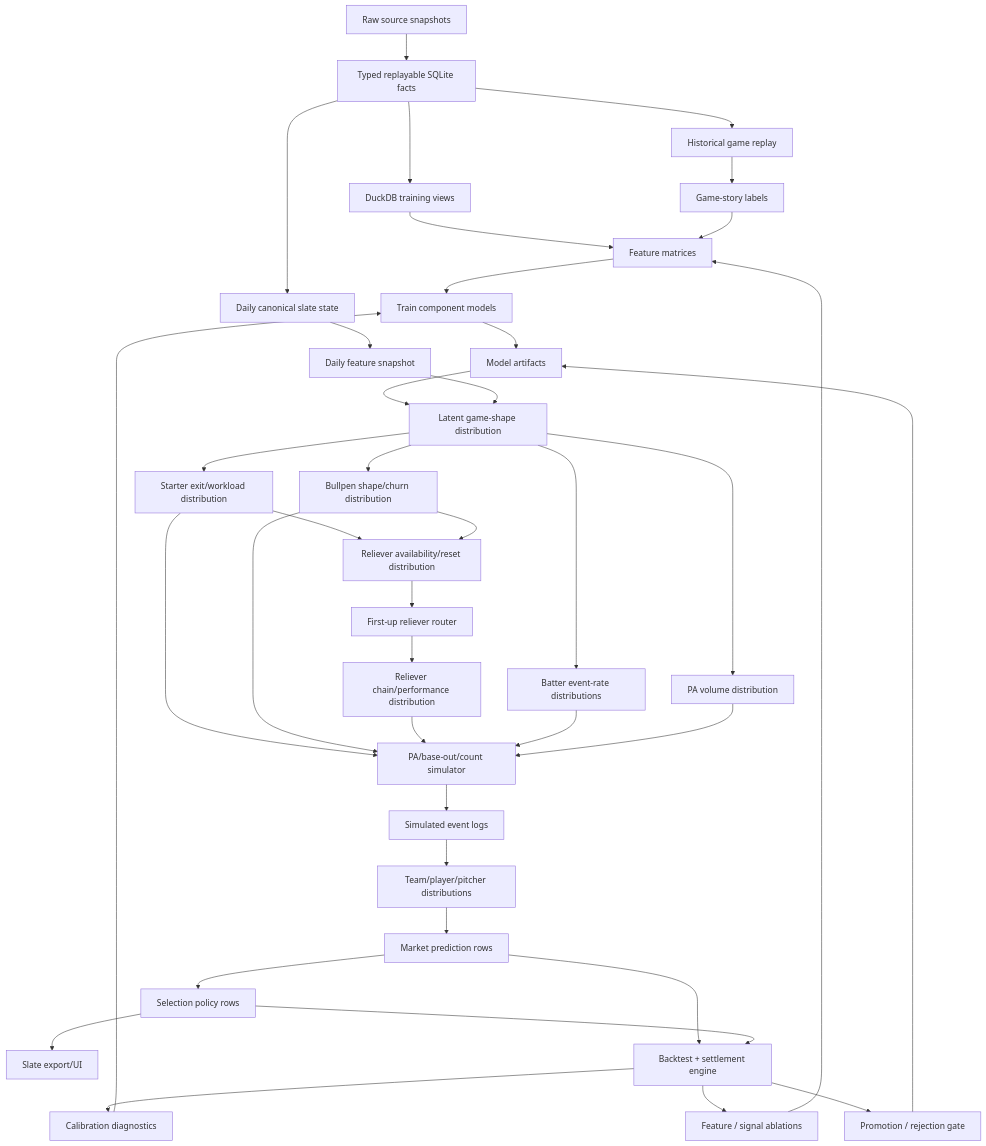
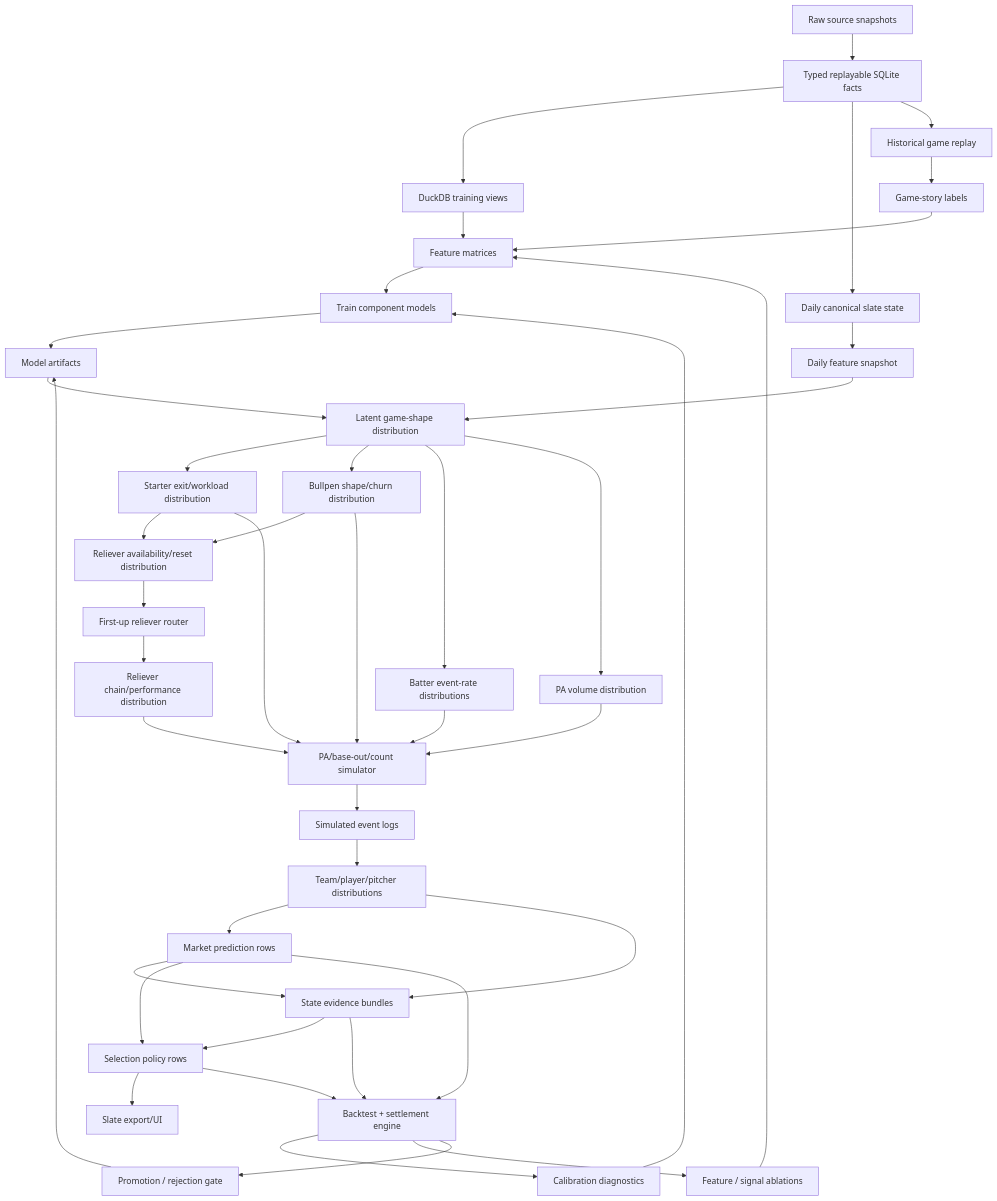
The first of 2 diagrams in development-docs/mlb/models/mlb-m3-hierarchical-simulator-architecture.md (jiancchen/SlateAi), drawn with Mermaid before and after one commit. The commit also changed other lines of this file and 2 other files, not shown here.

First line of the commit message:
Add MLB-M3 state evidence architecture

````diff
--- a/development-docs/mlb/models/mlb-m3-hierarchical-simulator-architecture.md
+++ b/development-docs/mlb/models/mlb-m3-hierarchical-simulator-architecture.md
@@ -62,46 +65,50 @@
 ```mermaid
 flowchart TD
   A["Raw source snapshots"] --> B["Typed replayable SQLite facts"]
   B --> C["DuckDB training views"]
   B --> D["Daily canonical slate state"]
   B --> E["Historical game replay"]
   E --> F["Game-story labels"]
 
   C --> G["Feature matrices"]
   F --> G
   G --> H["Train component models"]
   H --> I["Model artifacts"]
 
   D --> J["Daily feature snapshot"]
   I --> K["Latent game-shape distribution"]
   J --> K
 
   K --> L["Starter exit/workload distribution"]
   K --> M["Bullpen shape/churn distribution"]
   L --> RA["Reliever availability/reset distribution"]
   M --> RA
   RA --> RR["First-up reliever router"]
   RR --> RC["Reliever chain/performance distribution"]
   K --> N["Batter event-rate distributions"]
   K --> O["PA volume distribution"]
 
   L --> P["PA/base-out/count simulator"]
   M --> P
   RC --> P
   N --> P
   O --> P
 
   P --> Q["Simulated event logs"]
   Q --> R["Team/player/pitcher distributions"]
   R --> S["Market prediction rows"]
-  S --> T["Selection policy rows"]
+  S --> SE["State evidence bundles"]
+  R --> SE
+  SE --> T["Selection policy rows"]
+  S --> T
   T --> U["Slate export/UI"]
   S --> V["Backtest + settlement engine"]
+  SE --> V
   T --> V
   V --> W["Calibration diagnostics"]
   V --> X["Feature / signal ablations"]
   V --> Y["Promotion / rejection gate"]
   W --> H
   X --> G
   Y --> I
 ```
````
